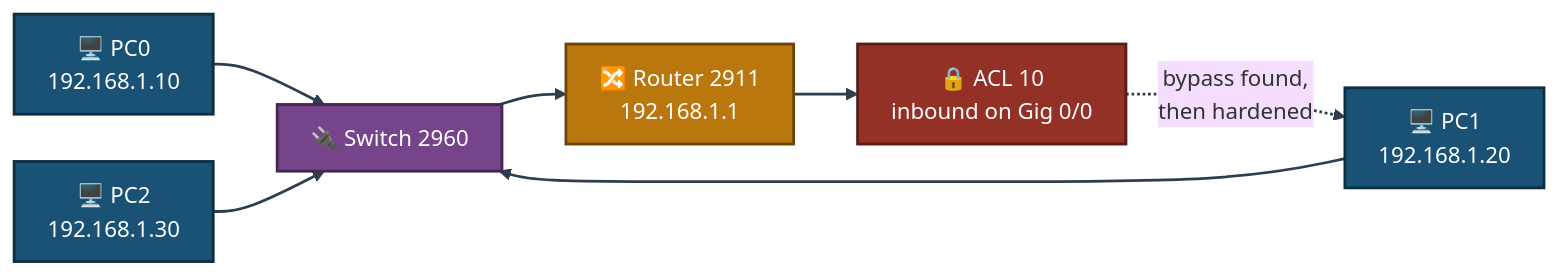
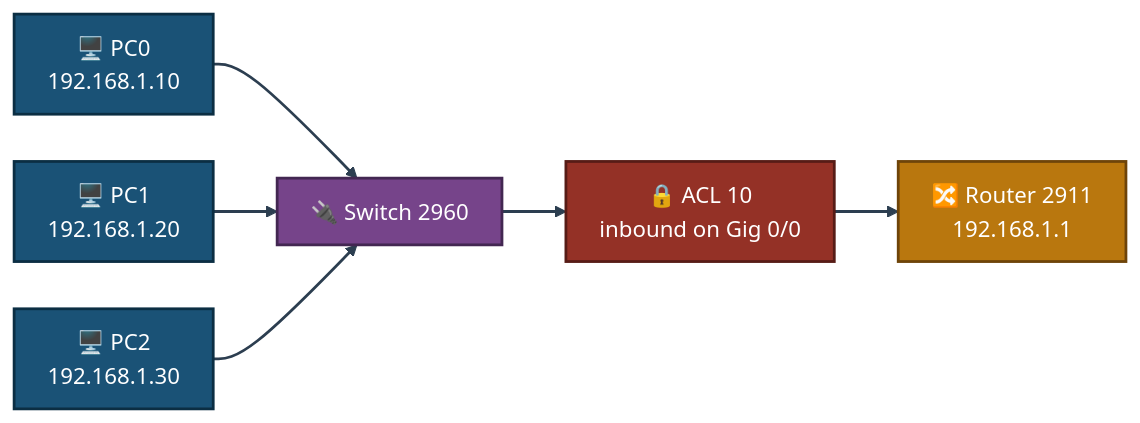
One commit to malaika-azhar/Cybersecurity-Lab-Projects changed the first of 2 diagrams in 1-Foundational-Projects/project-02-cisco-infrastructure-secure-routing/README.md. Above: the diagram before and after it, drawn with Mermaid. The commit also changed other lines of this file, not shown here.

````diff
--- a/1-Foundational-Projects/project-02-cisco-infrastructure-secure-routing/README.md
+++ b/1-Foundational-Projects/project-02-cisco-infrastructure-secure-routing/README.md
@@ -116,15 +116,14 @@
 ```mermaid
 %%{init: {'theme': 'base', 'themeVariables': {'fontSize': '16px'}, 'flowchart': {'nodeSpacing': 34, 'rankSpacing': 46, 'padding': 12}}}%%
 flowchart LR
     PC0["🖥️ PC0<br/>192.168.1.10"]:::pc --> SW["🔌 Switch 2960"]:::sw
     PC1["🖥️ PC1<br/>192.168.1.20"]:::pc --> SW
     PC2["🖥️ PC2<br/>192.168.1.30"]:::pc --> SW
-    SW --> RT["🔀 Router 2911<br/>192.168.1.1"]:::rt
-    RT --> ACL["🔒 ACL 10<br/>inbound on Gig 0/0"]:::acl
-    ACL -.->|"bypass found,<br/>then hardened"| PC1
+    SW --> ACL["🔒 ACL 10<br/>inbound on Gig 0/0"]:::acl
+    ACL --> RT["🔀 Router 2911<br/>192.168.1.1"]:::rt
     classDef pc fill:#1A5276,stroke:#0B2E43,stroke-width:2px,color:#FFFFFF
     classDef sw fill:#76448A,stroke:#432752,stroke-width:2px,color:#FFFFFF
     classDef rt fill:#B9770E,stroke:#6E4409,stroke-width:2px,color:#FFFFFF
     classDef acl fill:#943126,stroke:#571C16,stroke-width:2px,color:#FFFFFF
     linkStyle default stroke:#2C3E50,stroke-width:2px
 ```
````
